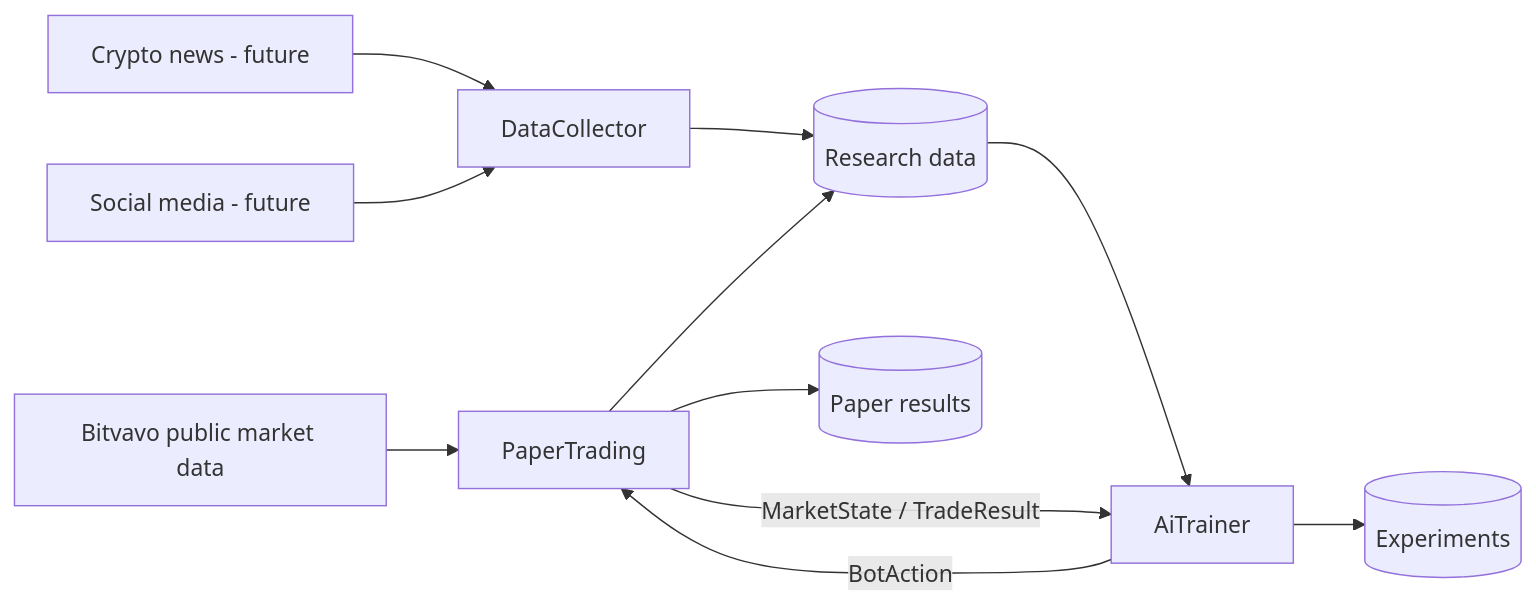
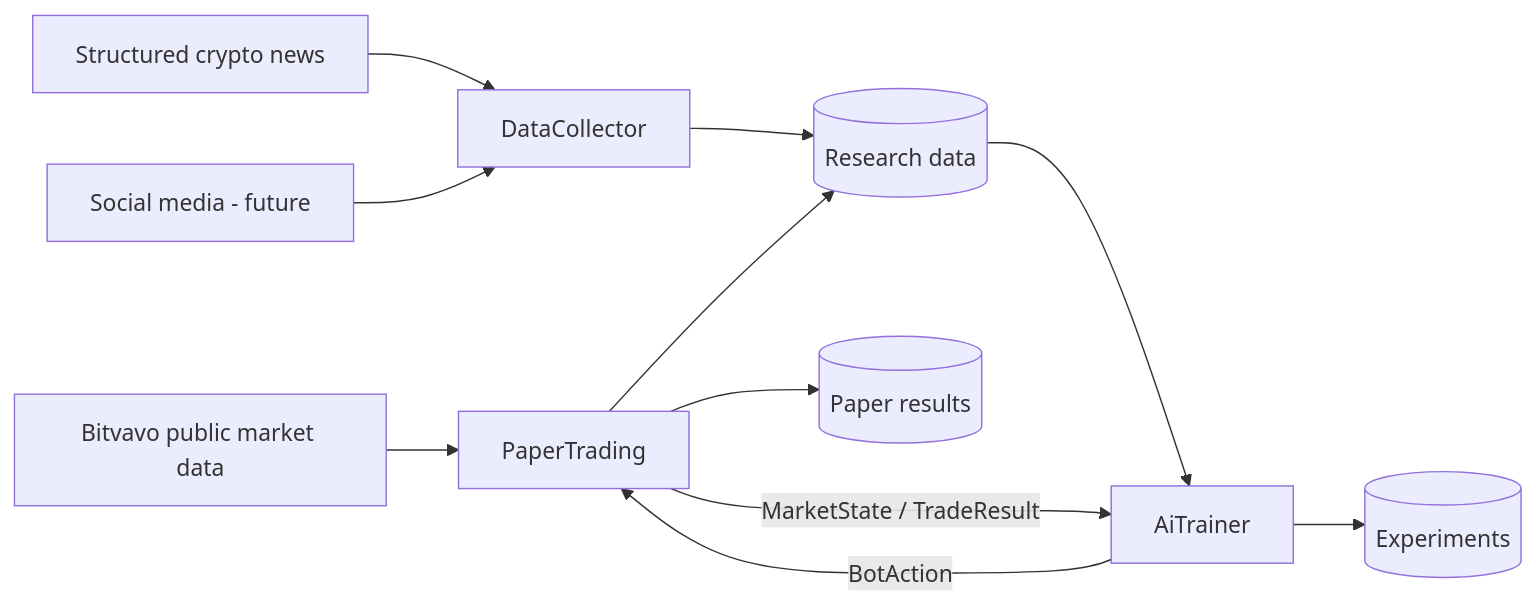
Before and after one commit to ragalkema/PaperTradeAiTrainer: the diagram in README.md, drawn with Mermaid. The commit also changed other lines of this file and 30 other files, not shown here.

Commit message:
feat(data-collector): add crypto news intelligence pipeline

````diff
--- a/README.md
+++ b/README.md
@@ -9,16 +9,16 @@
 ```mermaid
 flowchart LR
     BV[Bitvavo public market data]
-    NEWS[Crypto news - future]
+    NEWS[Structured crypto news]
     SOCIAL[Social media - future]
     NEWS --> DC[DataCollector]
     SOCIAL --> DC
     BV --> PT[PaperTrading]
     DC --> DATA[(Research data)]
     PT --> DATA
     DATA --> AI[AiTrainer]
     AI -->|BotAction| PT
     PT -->|MarketState / TradeResult| AI
     PT --> RESULTS[(Paper results)]
     AI --> EXP[(Experiments)]
 ```
````
